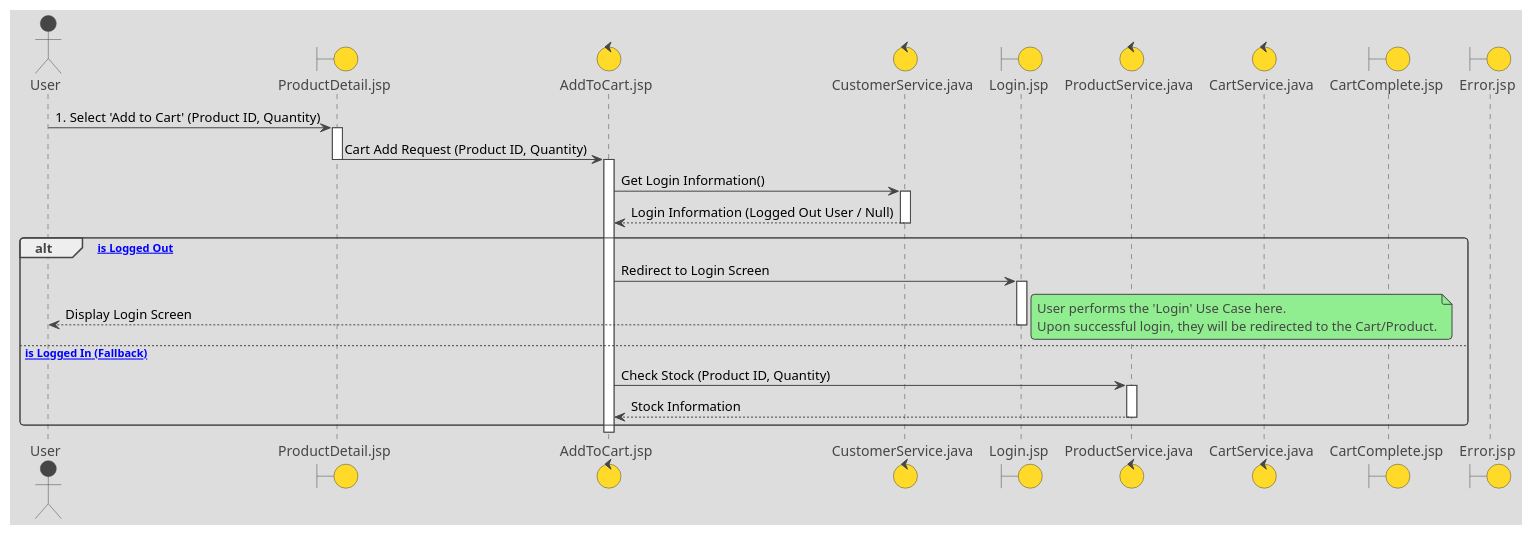
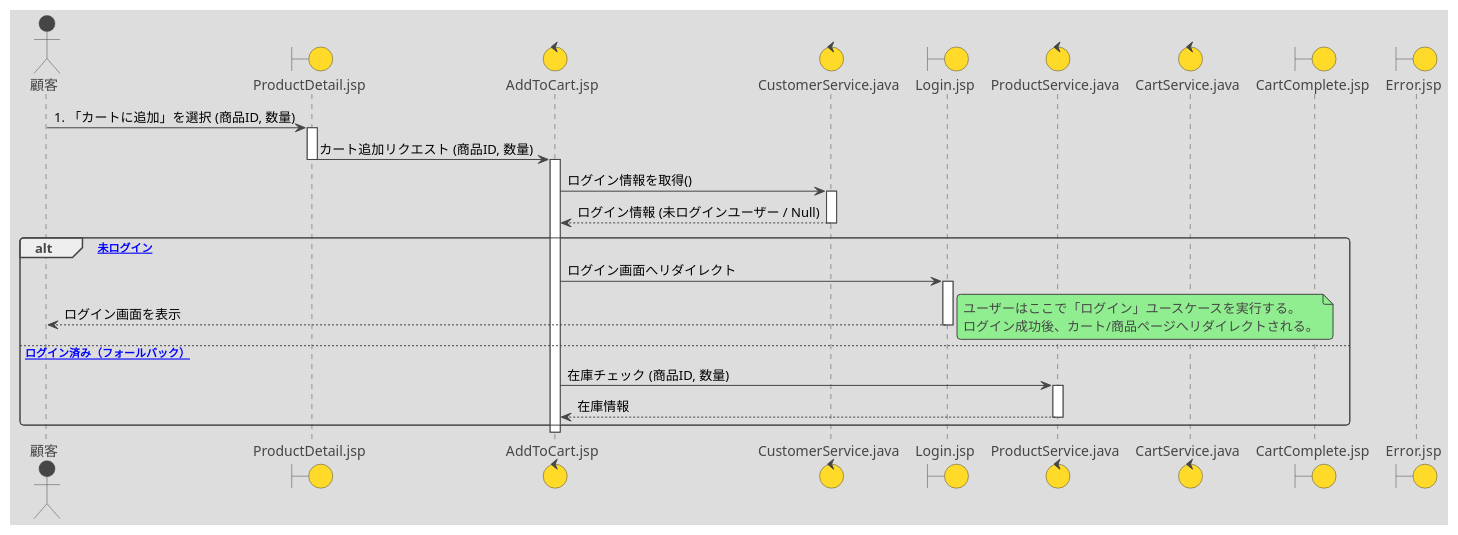
Before and after one commit to mameiku/group3-4: the diagram in Sequence_tuika_out.pu, drawn with PlantUML. The commit also changed 3 other files, not shown here.

```diff
--- a/Sequence_tuika_out.pu
+++ b/Sequence_tuika_out.pu
@@ -1,63 +1,63 @@
 @startuml AddToCartSequenceDiagram_LoggedOut
 !theme toy
 
 ' ====================================================================
 ' Participant Definitions (Using .jsp and .java notation)
 ' ====================================================================
-actor User
+actor User as "顧客"
 boundary ProductDetailJSP as "ProductDetail.jsp"
 control AddToCartJSP as "AddToCart.jsp"
 control CustomerServiceJava as "CustomerService.java"
 boundary LoginJSP as "Login.jsp"
 control ProductServiceJava as "ProductService.java"
 control CartServiceJava as "CartService.java"
 boundary CartCompleteJSP as "CartComplete.jsp"
 boundary ErrorJSP as "Error.jsp"
 
 ' ====================================================================
-' Basic Flow: User is logged out (Pre-condition is NOT met)
+' Basic Flow: User is logged out (基本フロー: ログアウト状態)
 ' ====================================================================
 
-' 1. The customer specifies the quantity on the product detail screen and selects 'Add to Cart'.
-User -> ProductDetailJSP : 1. Select 'Add to Cart' (Product ID, Quantity)
+' 1. 顧客は、商品詳細画面で数量を指定し、「カートに追加」を選択する
+User -> ProductDetailJSP : 1. 「カートに追加」を選択 (商品ID, 数量)
 activate ProductDetailJSP
 
-ProductDetailJSP -> AddToCartJSP : Cart Add Request (Product ID, Quantity)
+ProductDetailJSP -> AddToCartJSP : カート追加リクエスト (商品ID, 数量)
 deactivate ProductDetailJSP
 activate AddToCartJSP
 
-' --- Login Check ---
-' 2. The system confirms if the customer is logged in.
-AddToCartJSP -> CustomerServiceJava : Get Login Information()
+' --- ログインチェック ---
+' 2. システムは顧客がログインしているかを確認する。
+AddToCartJSP -> CustomerServiceJava : ログイン情報を取得()
 activate CustomerServiceJava
-CustomerServiceJava --> AddToCartJSP : Login Information (Logged Out User / Null)
+CustomerServiceJava --> AddToCartJSP : ログイン情報 (未ログインユーザー / Null)
 deactivate CustomerServiceJava
 
-alt [User is Logged Out]
-    ' Alternative Flow 2-1: If the customer is not logged in, the system confirms this.
-    ' Alternative Flow 2-2: The system redirects to the Login Screen.
-    AddToCartJSP -> LoginJSP : Redirect to Login Screen
+alt [未ログイン]
+    ' 代替フロー 2-1: 顧客がログインしていない場合、システムはそれを確認する。
+    ' 代替フロー 2-2: システムはログイン画面へリダイレクトする。
+    AddToCartJSP -> LoginJSP : ログイン画面へリダイレクト
     activate LoginJSP
     
-    LoginJSP --> User : Display Login Screen
+    LoginJSP --> User : ログイン画面を表示
     
-    Note right : User performs the 'Login' Use Case here.\nUpon successful login, they will be redirected to the Cart/Product.
+    Note right : ユーザーはここで「ログイン」ユースケースを実行する。\nログイン成功後、カート/商品ページへリダイレクトされる。
     
     deactivate LoginJSP
     
-else [User is Logged In (Fallback)]
-    ' This path represents the original Basic Flow, which should not be triggered if the pre-condition is 'logged out'.
+else [ログイン済み（フォールバック）]
+    ' このパスは、本来の基本フロー（ログイン済み）を表すが、事前条件が「ログアウト」のため通常は発生しない。
     
-    ' 2. Check Stock
-    AddToCartJSP -> ProductServiceJava : Check Stock (Product ID, Quantity)
+    ' 2. 在庫チェック
+    AddToCartJSP -> ProductServiceJava : 在庫チェック (商品ID, 数量)
     activate ProductServiceJava
-    ProductServiceJava --> AddToCartJSP : Stock Information
+    ProductServiceJava --> AddToCartJSP : 在庫情報
     deactivate ProductServiceJava
     
-    ' ... followed by the rest of the Add to Cart logic ...
+    ' ... カート追加の残りのロジックが続く ...
     
-end ' End Login Check alt
+end ' ログインチェック alt を閉じる
 
 deactivate AddToCartJSP
 
 @enduml
```
